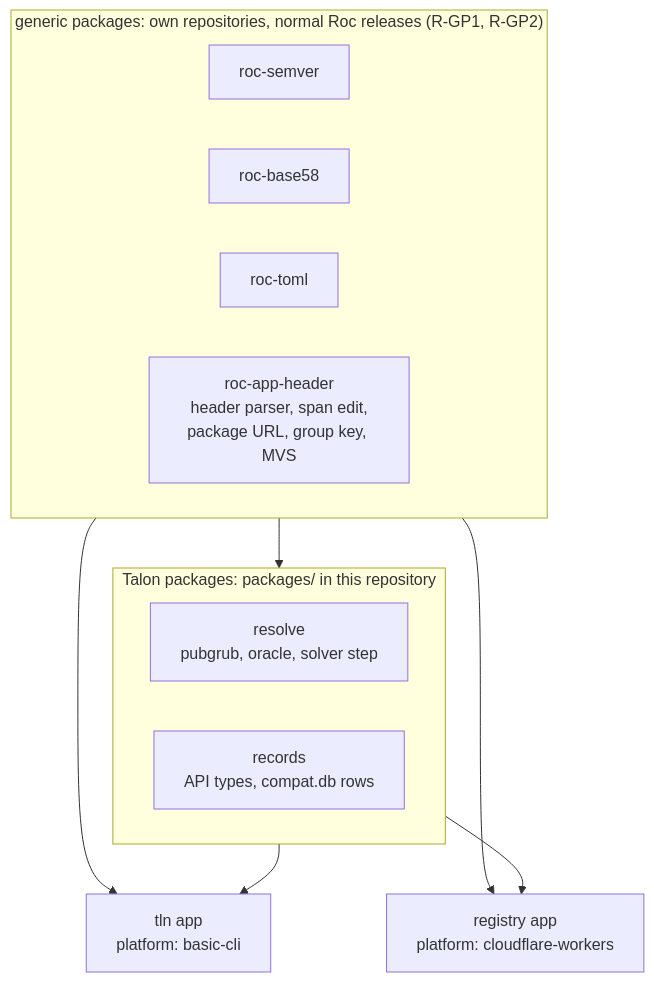
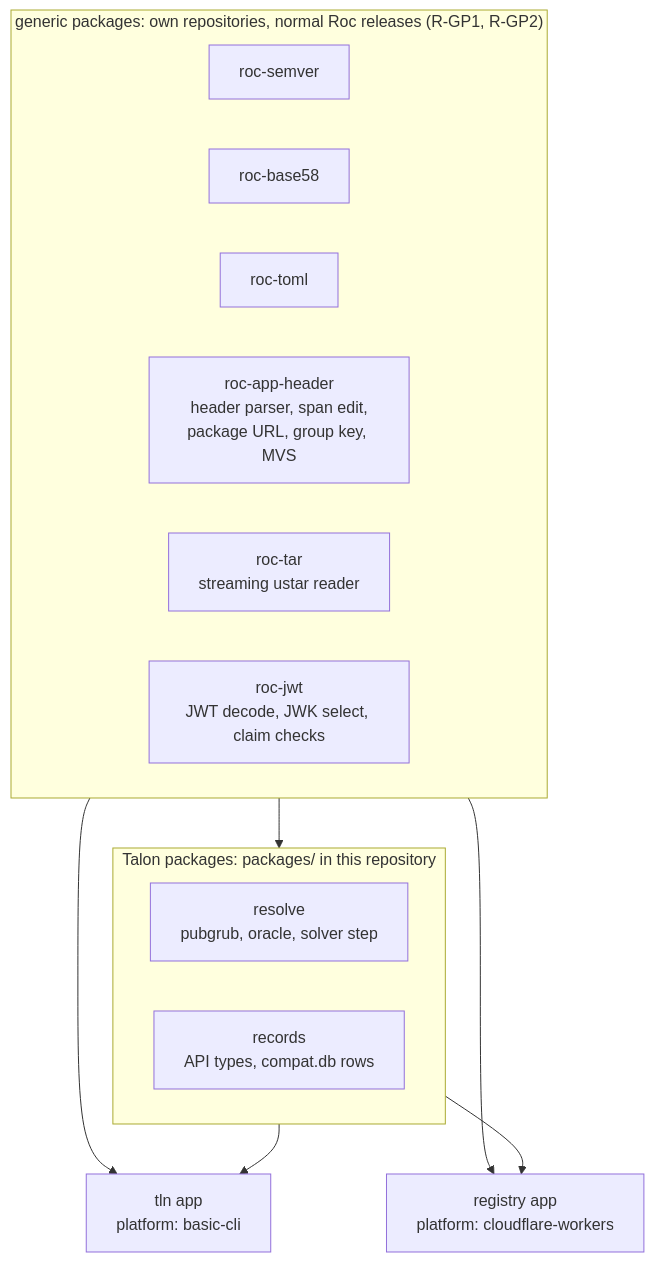
One commit to roc-talon/talon changed the second of 2 diagrams in DESIGN.md. Above: the diagram before and after it, drawn with Mermaid. The commit also changed other lines of this file and 16900 other files, not shown here.

````diff
--- a/DESIGN.md
+++ b/DESIGN.md
@@ -385,18 +387,20 @@
 ```mermaid
 flowchart TB
     subgraph gen["generic packages: own repositories, normal Roc releases (R-GP1, R-GP2)"]
         S["roc-semver"]
         B["roc-base58"]
         TM["roc-toml"]
         HP["roc-app-header<br/>header parser, span edit,<br/>package URL, group key, MVS"]
+        TR["roc-tar<br/>streaming ustar reader"]
+        JW["roc-jwt<br/>JWT decode, JWK select, claim checks"]
     end
     subgraph core["Talon packages: packages/ in this repository"]
         PG["resolve<br/>pubgrub, oracle, solver step"]
         RC["records<br/>API types, compat.db rows"]
     end
     gen --> core
     gen --> CLI
     gen --> WK
     core --> CLI["tln app<br/>platform: basic-cli"]
     core --> WK["registry app<br/>platform: cloudflare-workers"]
 ```
````
